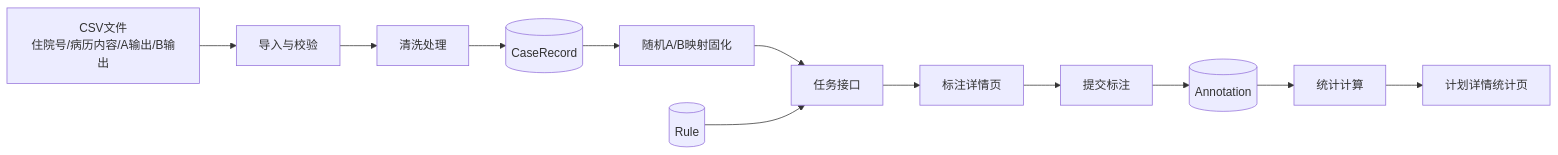
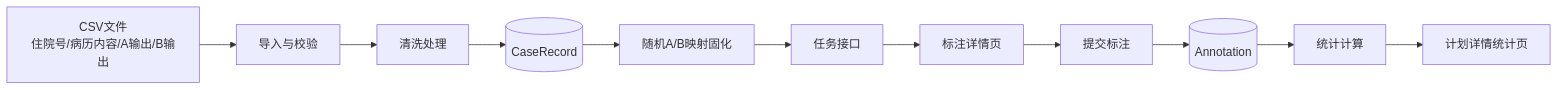
One commit to zhaoxiaowang1993/aicompare changed the second of 4 diagrams in openspec/specs/SPEC.md. Above: the diagram before and after it, drawn with Mermaid. The commit also changed other lines of this file and 30 other files, not shown here.

````diff
--- a/openspec/specs/SPEC.md
+++ b/openspec/specs/SPEC.md
@@ -162,15 +165,14 @@
 ```mermaid
 flowchart LR
   CSV[CSV文件
 住院号/病历内容/A输出/B输出] --> Import[导入与校验]
   Import --> Clean[清洗处理]
   Clean --> Case[(CaseRecord)]
   Case --> Map[随机A/B映射固化]
   Map --> TaskAPI[任务接口]
-  Rules[(Rule)] --> TaskAPI
   TaskAPI --> UI[标注详情页]
   UI --> Submit[提交标注]
   Submit --> Annotation[(Annotation)]
   Annotation --> Stats[统计计算]
   Stats --> AdminUI[计划详情统计页]
 ```
````
